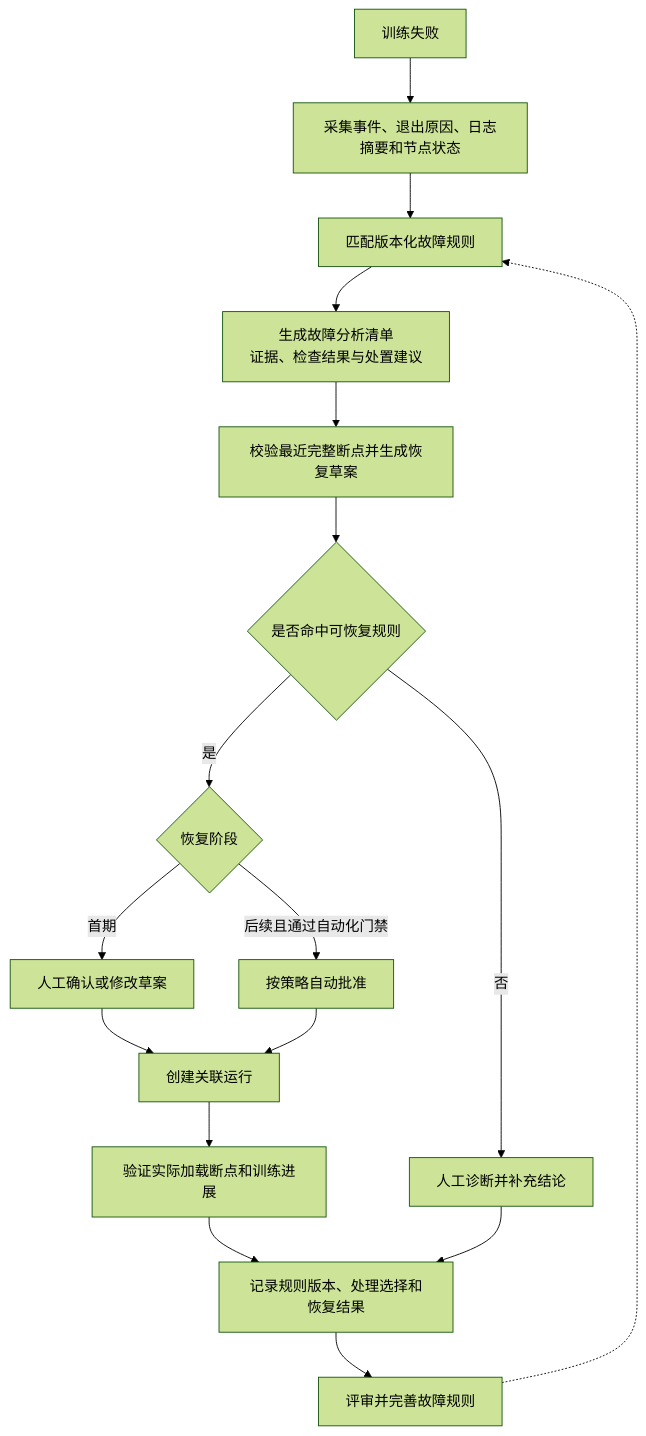
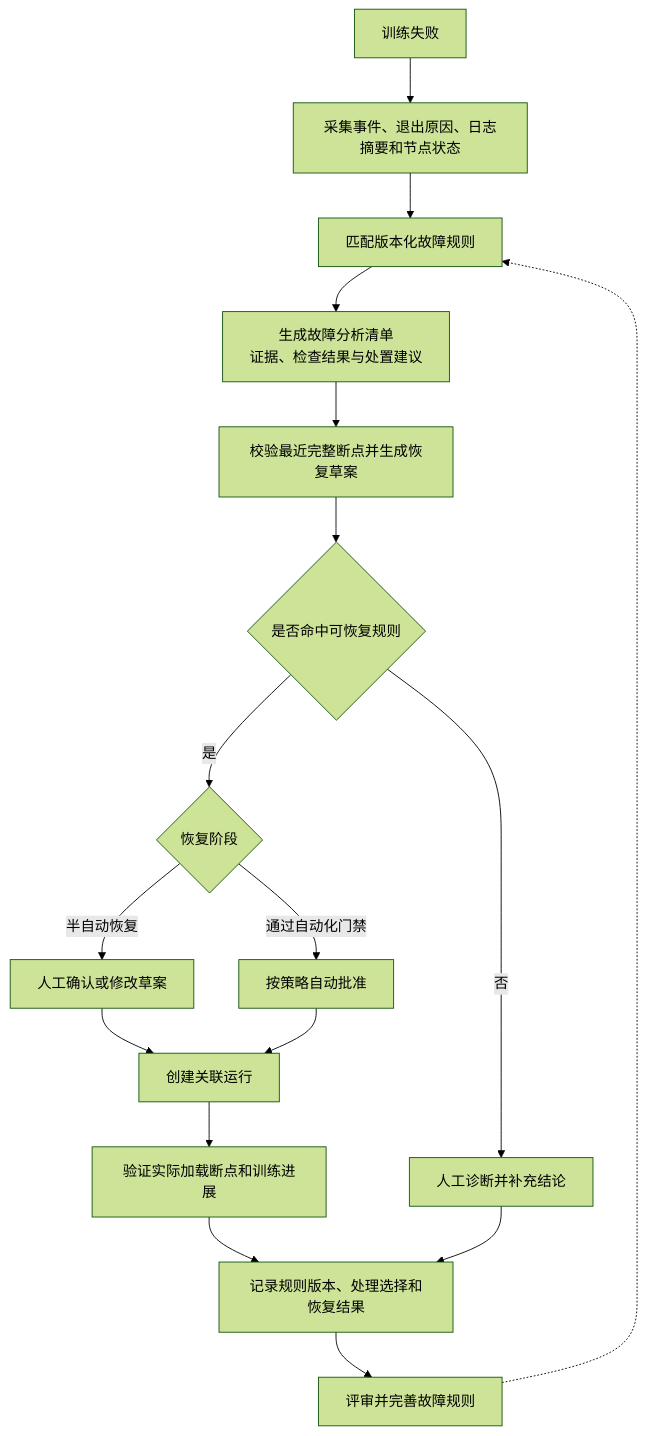
One commit to gqcn/ltp changed the diagram in docs/大模型训练平台规划/3.5-断点与故障恢复.md. Above: the diagram before and after it, drawn with Mermaid (forest theme). The commit also changed other lines of this file and 11 other files, not shown here.

````diff
--- a/docs/大模型训练平台规划/3.5-断点与故障恢复.md
+++ b/docs/大模型训练平台规划/3.5-断点与故障恢复.md
@@ -97,19 +97,19 @@
 ```mermaid
 flowchart TB
     A["训练失败"] --> B["采集事件、退出原因、日志摘要和节点状态"]
     B --> C["匹配版本化故障规则"]
     C --> D["生成故障分析清单<br/>证据、检查结果与处置建议"]
     D --> E["校验最近完整断点并生成恢复草案"]
     E --> F{"是否命中可恢复规则"}
     F -->|"否"| G["人工诊断并补充结论"]
     F -->|"是"| H{"恢复阶段"}
-    H -->|"首期"| I["人工确认或修改草案"]
-    H -->|"后续且通过自动化门禁"| J["按策略自动批准"]
+    H -->|"半自动恢复"| I["人工确认或修改草案"]
+    H -->|"通过自动化门禁"| J["按策略自动批准"]
     I --> K["创建关联运行"]
     J --> K
     K --> L["验证实际加载断点和训练进展"]
     L --> M["记录规则版本、处理选择和恢复结果"]
     G --> M
     M --> N["评审并完善故障规则"]
     N -.-> C
 ```
````
